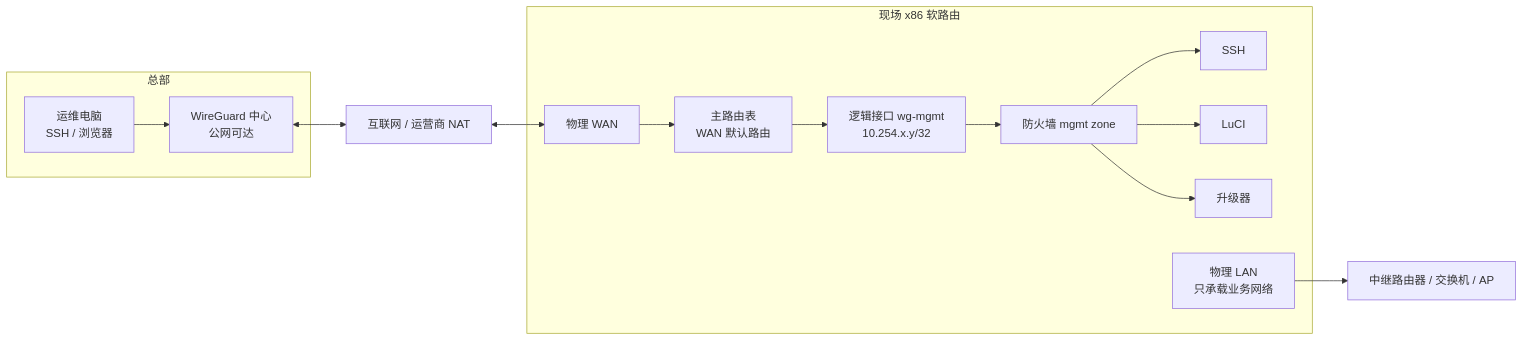
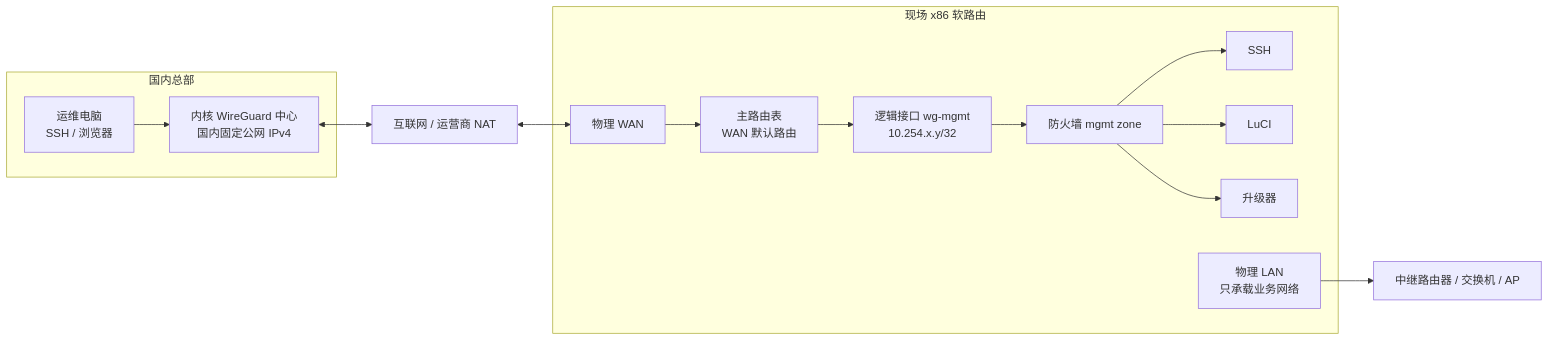
One commit to whalestore/vps-deployment-script changed the second of 13 diagrams in docs/superpowers/specs/2026-07-28-runtime-network-isolation-design.md. Above: the diagram before and after it, drawn with Mermaid. The commit also changed other lines of this file, not shown here.

````diff
--- a/docs/superpowers/specs/2026-07-28-runtime-network-isolation-design.md
+++ b/docs/superpowers/specs/2026-07-28-runtime-network-isolation-design.md
@@ -123,29 +132,29 @@
 ```mermaid
 flowchart LR
-    subgraph HQ["总部"]
+    subgraph HQ["国内总部"]
         OPS["运维电脑<br/>SSH / 浏览器"]
-        HUB["WireGuard 中心<br/>公网可达"]
+        HUB["内核 WireGuard 中心<br/>国内固定公网 IPv4"]
         OPS --> HUB
     end
 
     INTERNET["互联网 / 运营商 NAT"]
 
     subgraph BOX["现场 x86 软路由"]
         WANP["物理 WAN"]
         MAIN["主路由表<br/>WAN 默认路由"]
         WG["逻辑接口 wg-mgmt<br/>10.254.x.y/32"]
         MGZONE["防火墙 mgmt zone"]
         SSH["SSH"]
         UI["LuCI"]
         UPDATE["升级器"]
         LANP["物理 LAN<br/>只承载业务网络"]
 
         WANP --> MAIN --> WG --> MGZONE
         MGZONE --> SSH
         MGZONE --> UI
         MGZONE --> UPDATE
     end
 
     HUB <--> INTERNET <--> WANP
     LANP --> ACCESS["中继路由器 / 交换机 / AP"]
 ```
````
